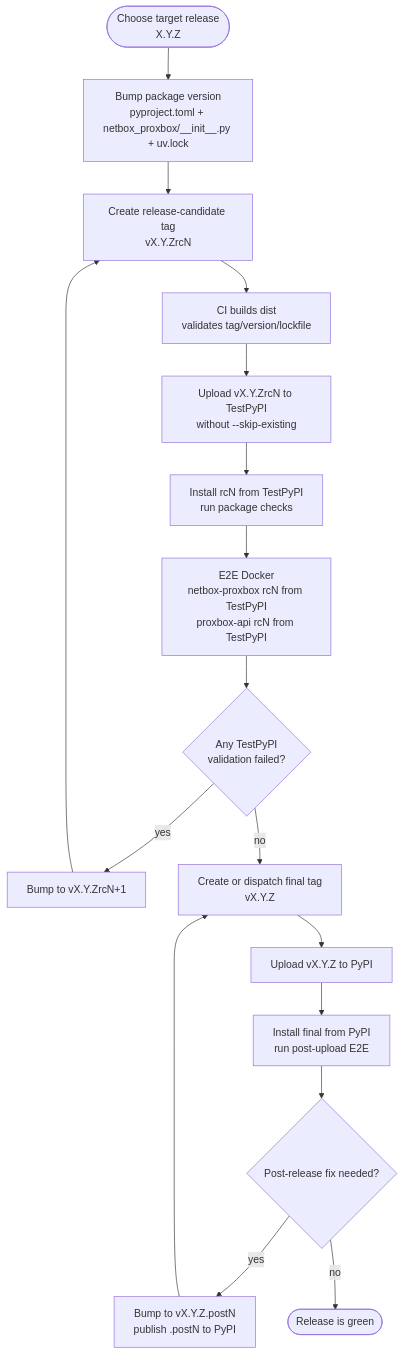
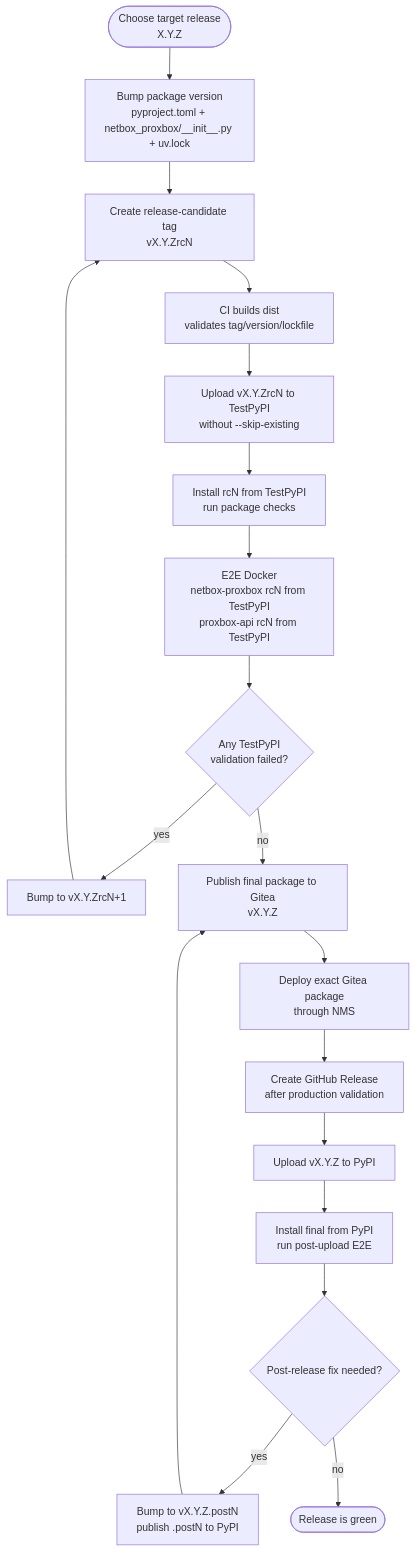
Before and after one commit to emersonfelipesp/netbox-proxbox: the first of 2 diagrams in docs/developer/release-publishing.md, drawn with Mermaid. The commit also changed other lines of this file and 44 other files, not shown here.

Commit message:
Prepare immutable package-first release

````diff
--- a/docs/developer/release-publishing.md
+++ b/docs/developer/release-publishing.md
@@ -13,24 +13,26 @@
 ```mermaid
 flowchart TD
     Start([Choose target release\nX.Y.Z])
     Bump[Bump package version\npyproject.toml + netbox_proxbox/__init__.py + uv.lock]
     RCTag[Create release-candidate tag\nvX.Y.ZrcN]
     RCCI[CI builds dist\nvalidates tag/version/lockfile]
     RCUpload[Upload vX.Y.ZrcN to TestPyPI\nwithout --skip-existing]
     RCValidate[Install rcN from TestPyPI\nrun package checks]
     RCE2E[E2E Docker\nnetbox-proxbox rcN from TestPyPI\nproxbox-api rcN from TestPyPI]
     RCFailed{Any TestPyPI\nvalidation failed?}
     NextRC[Bump to vX.Y.ZrcN+1]
-    FinalTag[Create or dispatch final tag\nvX.Y.Z]
+    FinalPrivate[Publish final package to Gitea\nvX.Y.Z]
+    Deploy[Deploy exact Gitea package\nthrough NMS]
+    PublicRelease[Create GitHub Release\nafter production validation]
     FinalUpload[Upload vX.Y.Z to PyPI]
     FinalValidate[Install final from PyPI\nrun post-upload E2E]
     FinalFailed{Post-release fix needed?}
     Post[Bump to vX.Y.Z.postN\npublish .postN to PyPI]
     Done([Release is green])
 
     Start --> Bump --> RCTag --> RCCI --> RCUpload --> RCValidate --> RCE2E --> RCFailed
     RCFailed -- yes --> NextRC --> RCTag
-    RCFailed -- no --> FinalTag --> FinalUpload --> FinalValidate --> FinalFailed
-    FinalFailed -- yes --> Post --> FinalTag
+    RCFailed -- no --> FinalPrivate --> Deploy --> PublicRelease --> FinalUpload --> FinalValidate --> FinalFailed
+    FinalFailed -- yes --> Post --> FinalPrivate
     FinalFailed -- no --> Done
 ```
````
